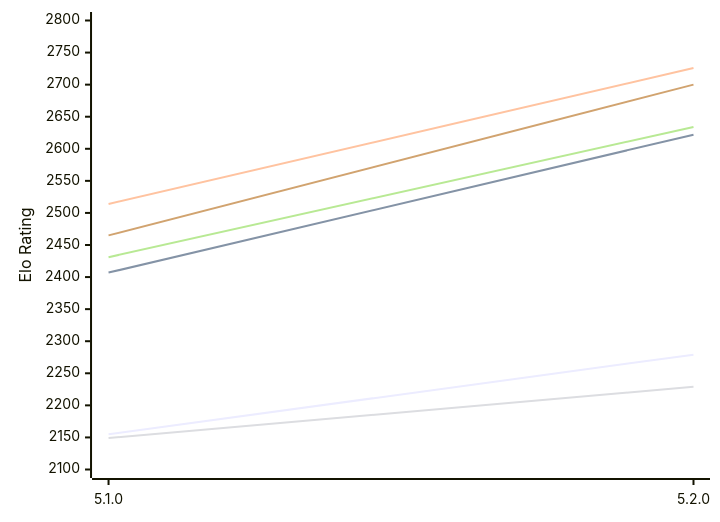
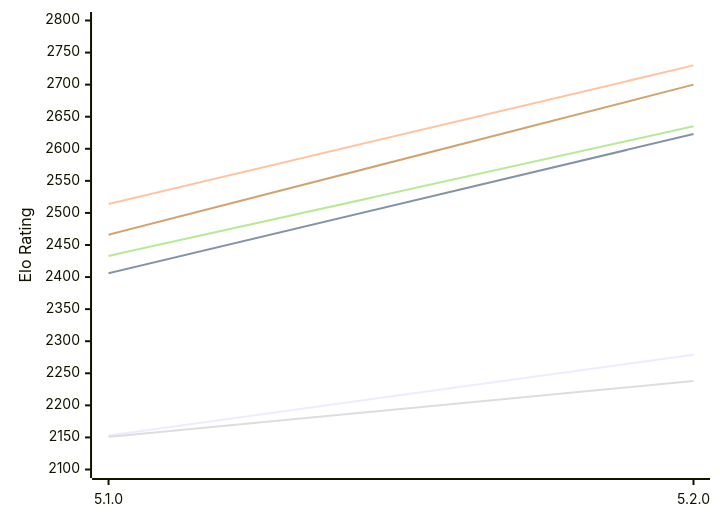
The first of 2 diagrams in engines/Aconcagua.md (computer-chess-index/cci), drawn with Mermaid before and after one commit. The commit also changed other lines of this file, not shown here.

Commit message:
Update CCI Ratings (ELO VLTC) - 2026-11-28

````diff
--- a/engines/Aconcagua.md
+++ b/engines/Aconcagua.md
@@ -53,12 +53,12 @@
 ```mermaid
 %%{init: {"theme":"base","themeVariables":{"seriesColors:['#a3a3a3','#222221','#faa371']}}}%%
 xychart-beta
   x-axis ["5.1.0", "5.2.0"]
   y-axis "Elo Rating" 2100 --> 2800
-  line "E1: STC (8.0+0.08s)" [2155, 2279]
-  line "E1: LTC (60.0+0.60s)" [2407, 2622]
-  line "E1: VLTC (2m24s+1.12s)" [2514, 2726]
-  line "P1: STC (8.0+0.08s)" [2149, 2229]
-  line "P1: LTC (60.0+0.60s)" [2431, 2634]
-  line "P1: VLTC (2m24s+1.12s)" [2465, 2700]
+  line "E1: STC (8.0+0.08s)" [2153, 2279]
+  line "E1: LTC (60.0+0.60s)" [2406, 2623]
+  line "E1: VLTC (2m24s+1.12s)" [2514, 2730]
+  line "P1: STC (8.0+0.08s)" [2151, 2238]
+  line "P1: LTC (60.0+0.60s)" [2433, 2635]
+  line "P1: VLTC (2m24s+1.12s)" [2466, 2700]
 ```
````
